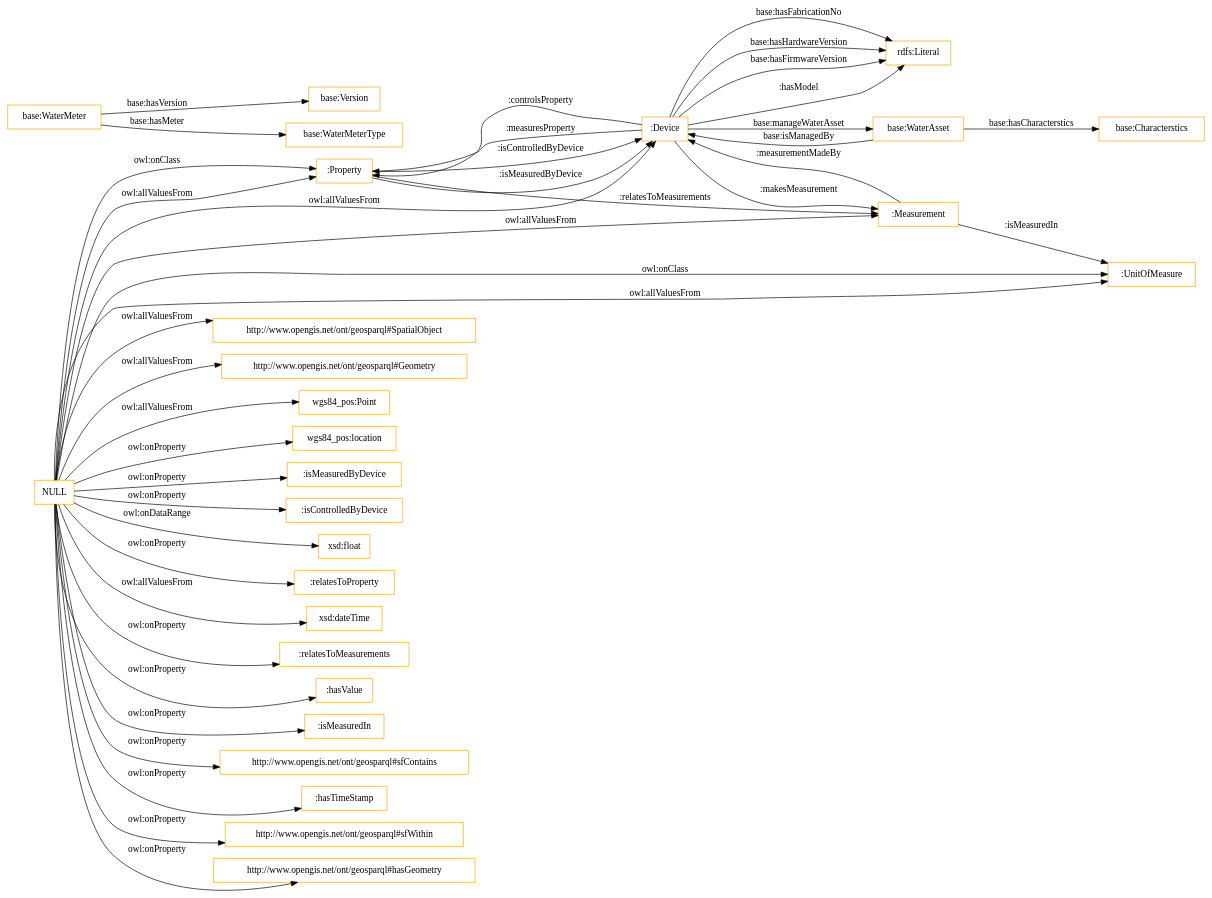
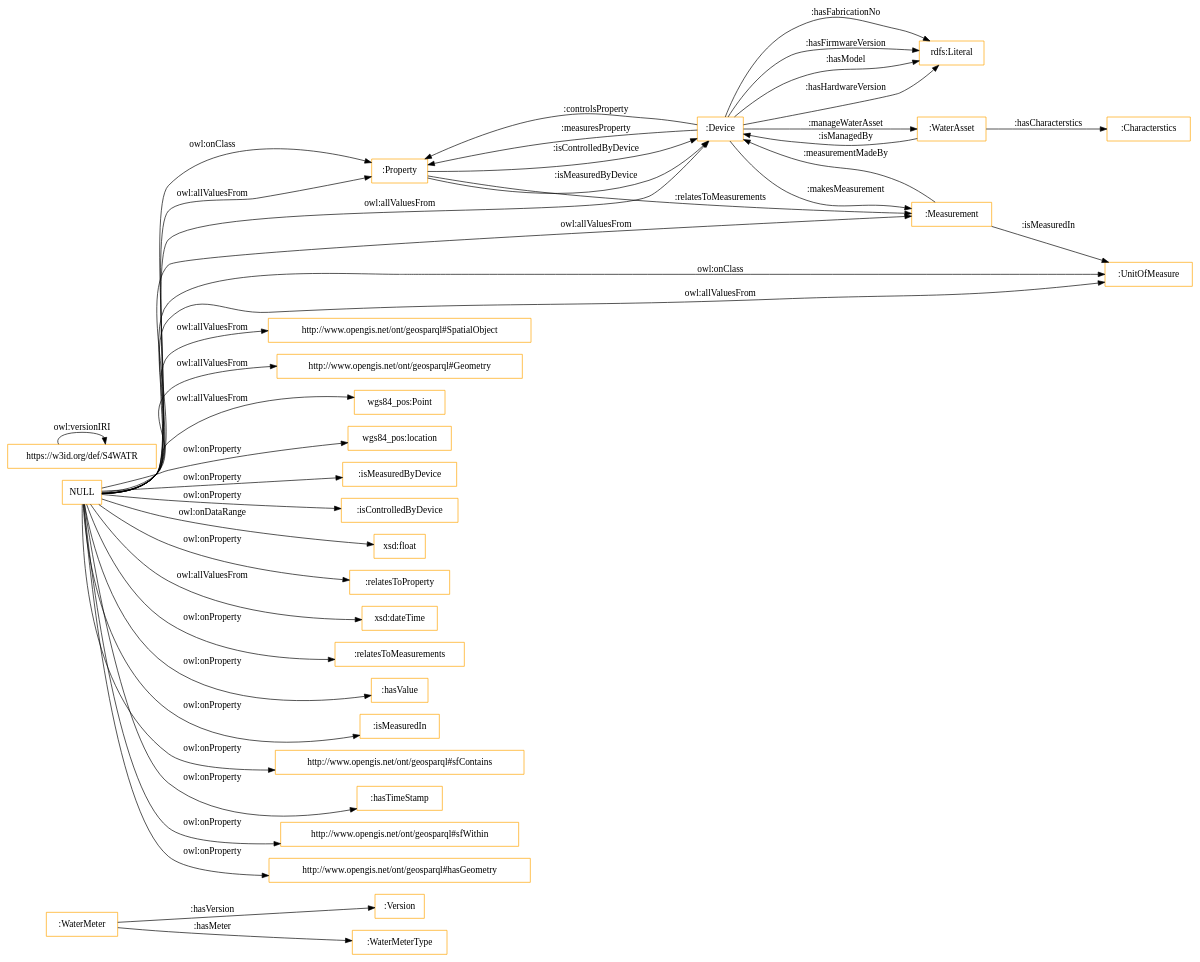
The diagram in OnToology/S4Water.owl/diagrams/ar2dtool-class/S4Water.owl.png.dot (tiwari2019/S4WATR-1), drawn with Graphviz before and after one commit. The commit also changed 13 other files, not shown here.

```diff
--- a/OnToology/S4Water.owl/diagrams/ar2dtool-class/S4Water.owl.png.dot
+++ b/OnToology/S4Water.owl/diagrams/ar2dtool-class/S4Water.owl.png.dot
@@ -1,45 +1,46 @@
 digraph ar2dtool_diagram { 
 rankdir=LR;
 size="1501"
-node [shape = rectangle, color="orange"]; ":Property" ":Device" "base:Version" "base:WaterMeterType" "base:WaterAsset" "http://www.opengis.net/ont/geosparql#SpatialObject" "base:WaterMeter" "http://www.opengis.net/ont/geosparql#Geometry" "base:Characterstics" ":UnitOfMeasure" "wgs84_pos:Point" ":Measurement" ; /*classes style*/
+node [shape = rectangle, color="orange"]; ":Version" ":Property" ":WaterMeterType" ":WaterAsset" ":WaterMeter" ":Device" "http://www.opengis.net/ont/geosparql#SpatialObject" "http://www.opengis.net/ont/geosparql#Geometry" ":UnitOfMeasure" "wgs84_pos:Point" ":Measurement" ":Characterstics" ; /*classes style*/
 	"NULL" -> "wgs84_pos:location" [ label = "owl:onProperty" ];
 	"NULL" -> "wgs84_pos:Point" [ label = "owl:allValuesFrom" ];
 	"NULL" -> ":isMeasuredByDevice" [ label = "owl:onProperty" ];
 	"NULL" -> ":isControlledByDevice" [ label = "owl:onProperty" ];
 	"NULL" -> ":Measurement" [ label = "owl:allValuesFrom" ];
 	"NULL" -> "xsd:float" [ label = "owl:onDataRange" ];
 	"NULL" -> "http://www.opengis.net/ont/geosparql#Geometry" [ label = "owl:allValuesFrom" ];
 	"NULL" -> ":relatesToProperty" [ label = "owl:onProperty" ];
 	"NULL" -> "xsd:dateTime" [ label = "owl:allValuesFrom" ];
 	"NULL" -> "http://www.opengis.net/ont/geosparql#SpatialObject" [ label = "owl:allValuesFrom" ];
 	"NULL" -> ":relatesToMeasurements" [ label = "owl:onProperty" ];
 	"NULL" -> ":hasValue" [ label = "owl:onProperty" ];
 	"NULL" -> ":Property" [ label = "owl:onClass" ];
 	"NULL" -> ":UnitOfMeasure" [ label = "owl:allValuesFrom" ];
 	"NULL" -> ":UnitOfMeasure" [ label = "owl:onClass" ];
 	"NULL" -> ":isMeasuredIn" [ label = "owl:onProperty" ];
 	"NULL" -> "http://www.opengis.net/ont/geosparql#sfContains" [ label = "owl:onProperty" ];
 	"NULL" -> ":hasTimeStamp" [ label = "owl:onProperty" ];
 	"NULL" -> "http://www.opengis.net/ont/geosparql#sfWithin" [ label = "owl:onProperty" ];
 	"NULL" -> ":Property" [ label = "owl:allValuesFrom" ];
+	"NULL" -> "http://www.opengis.net/ont/geosparql#hasGeometry" [ label = "owl:onProperty" ];
 	"NULL" -> ":Device" [ label = "owl:allValuesFrom" ];
-	"NULL" -> "http://www.opengis.net/ont/geosparql#hasGeometry" [ label = "owl:onProperty" ];
-	":Device" -> "rdfs:Literal" [ label = "base:hasFirmwareVersion" ];
+	"https://w3id.org/def/S4WATR" -> "https://w3id.org/def/S4WATR" [ label = "owl:versionIRI" ];
+	":WaterAsset" -> ":Characterstics" [ label = ":hasCharacterstics" ];
 	":Measurement" -> ":Device" [ label = ":measurementMadeBy" ];
-	"base:WaterAsset" -> "base:Characterstics" [ label = "base:hasCharacterstics" ];
+	":Device" -> ":WaterAsset" [ label = ":manageWaterAsset" ];
 	":Device" -> "rdfs:Literal" [ label = ":hasModel" ];
 	":Property" -> ":Device" [ label = ":isControlledByDevice" ];
+	":Device" -> "rdfs:Literal" [ label = ":hasHardwareVersion" ];
+	":WaterMeter" -> ":Version" [ label = ":hasVersion" ];
 	":Property" -> ":Measurement" [ label = ":relatesToMeasurements" ];
 	":Device" -> ":Measurement" [ label = ":makesMeasurement" ];
-	"base:WaterMeter" -> "base:Version" [ label = "base:hasVersion" ];
-	":Device" -> "rdfs:Literal" [ label = "base:hasFabricationNo" ];
+	":Device" -> "rdfs:Literal" [ label = ":hasFabricationNo" ];
+	":Device" -> "rdfs:Literal" [ label = ":hasFirmwareVersion" ];
 	":Device" -> ":Property" [ label = ":controlsProperty" ];
-	":Device" -> "rdfs:Literal" [ label = "base:hasHardwareVersion" ];
+	":WaterAsset" -> ":Device" [ label = ":isManagedBy" ];
 	":Property" -> ":Device" [ label = ":isMeasuredByDevice" ];
-	":Device" -> "base:WaterAsset" [ label = "base:manageWaterAsset" ];
-	"base:WaterAsset" -> ":Device" [ label = "base:isManagedBy" ];
-	"base:WaterMeter" -> "base:WaterMeterType" [ label = "base:hasMeter" ];
+	":WaterMeter" -> ":WaterMeterType" [ label = ":hasMeter" ];
 	":Measurement" -> ":UnitOfMeasure" [ label = ":isMeasuredIn" ];
 	":Device" -> ":Property" [ label = ":measuresProperty" ];
 
 }
```
